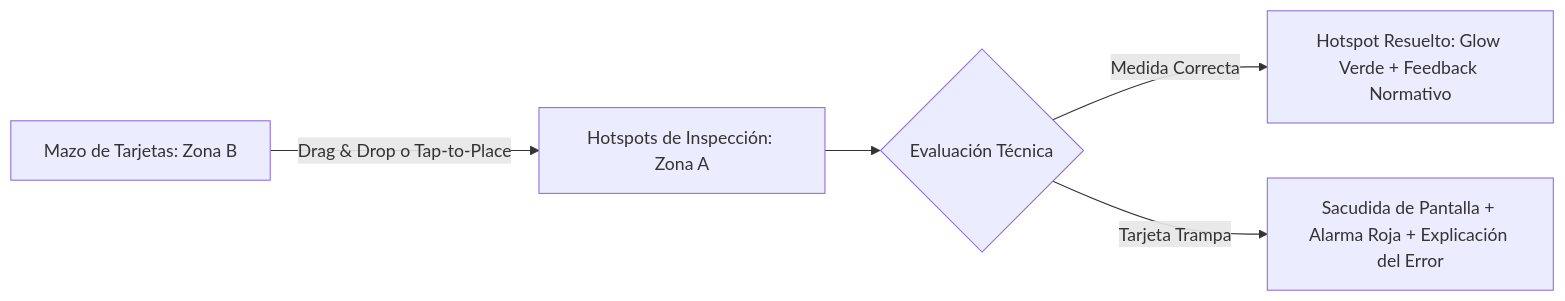
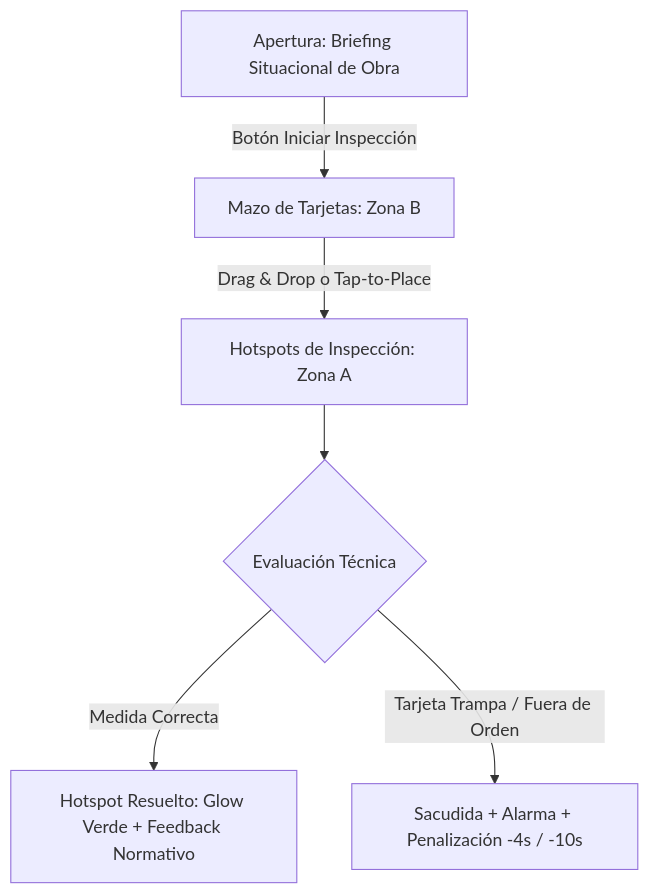
The diagram in docs/juegos/03_juego3_trasiego.md (Solprosig-S-A-S/01_SegurosBolivar), drawn with Mermaid before and after one commit. The commit also changed other lines of this file and 24 other files, not shown here.

````diff
--- a/docs/juegos/03_juego3_trasiego.md
+++ b/docs/juegos/03_juego3_trasiego.md
@@ -78,7 +78,8 @@
 ```mermaid
-flowchart LR
-    A[Mazo de Tarjetas: Zona B] -->|Drag & Drop o Tap-to-Place| B[Hotspots de Inspección: Zona A]
+flowchart TD
+    Z[Apertura: Briefing Situacional de Obra] -->|Botón Iniciar Inspección| A[Mazo de Tarjetas: Zona B]
+    A -->|Drag & Drop o Tap-to-Place| B[Hotspots de Inspección: Zona A]
     B --> C{Evaluación Técnica}
     C -->|Medida Correcta| D[Hotspot Resuelto: Glow Verde + Feedback Normativo]
-    C -->|Tarjeta Trampa| E[Sacudida de Pantalla + Alarma Roja + Explicación del Error]
+    C -->|Tarjeta Trampa / Fuera de Orden| E[Sacudida + Alarma + Penalización -4s / -10s]
 ```
````
